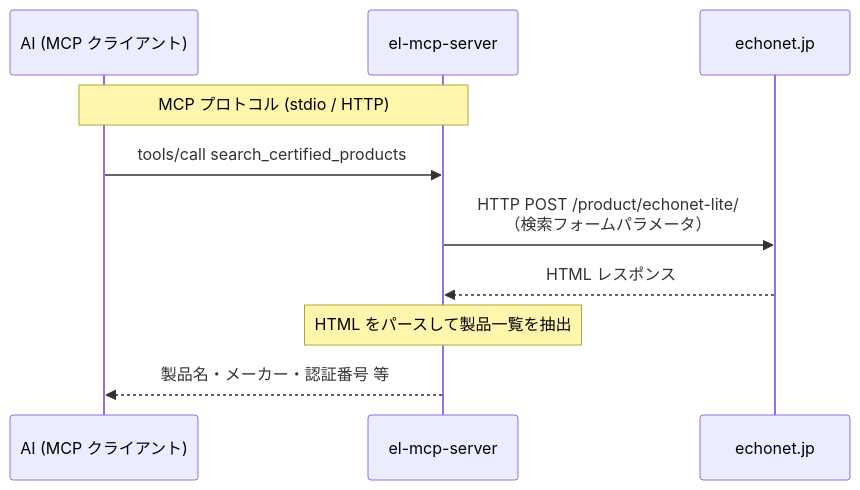
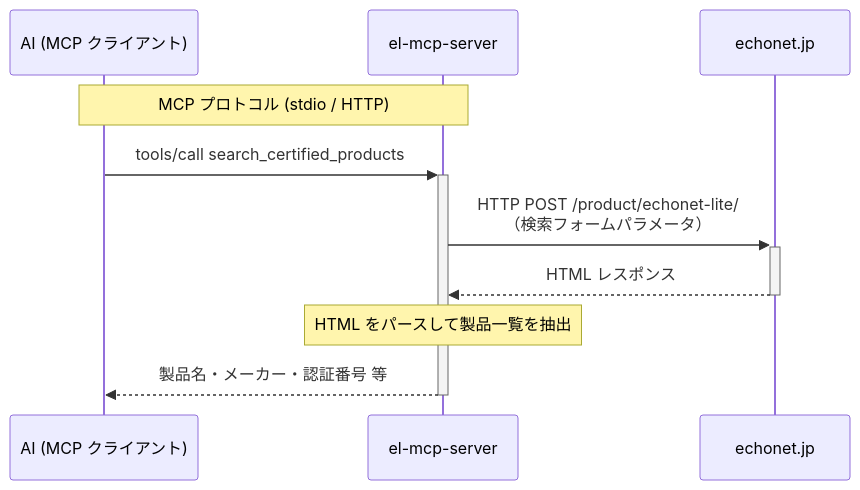
Before and after one commit to thekuwayama/el-mcp-server: the third of 3 diagrams in README.md, drawn with Mermaid. The commit also changed other lines of this file, not shown here.

Commit message:
Add activation boxes to all mermaid sequence diagrams

````diff
--- a/README.md
+++ b/README.md
@@ -87,14 +87,14 @@
 ```mermaid
 sequenceDiagram
     participant AI as AI (MCP クライアント)
     participant S as el-mcp-server
     participant W as echonet.jp
 
     Note over AI,S: MCP プロトコル (stdio / HTTP)
 
-    AI->>S: tools/call search_certified_products
-    S->>W: HTTP POST /product/echonet-lite/<br/>（検索フォームパラメータ）
-    W-->>S: HTML レスポンス
+    AI->>+S: tools/call search_certified_products
+    S->>+W: HTTP POST /product/echonet-lite/<br/>（検索フォームパラメータ）
+    W-->>-S: HTML レスポンス
     Note over S: HTML をパースして製品一覧を抽出
-    S-->>AI: 製品名・メーカー・認証番号 等
+    S-->>-AI: 製品名・メーカー・認証番号 等
 ```
````
